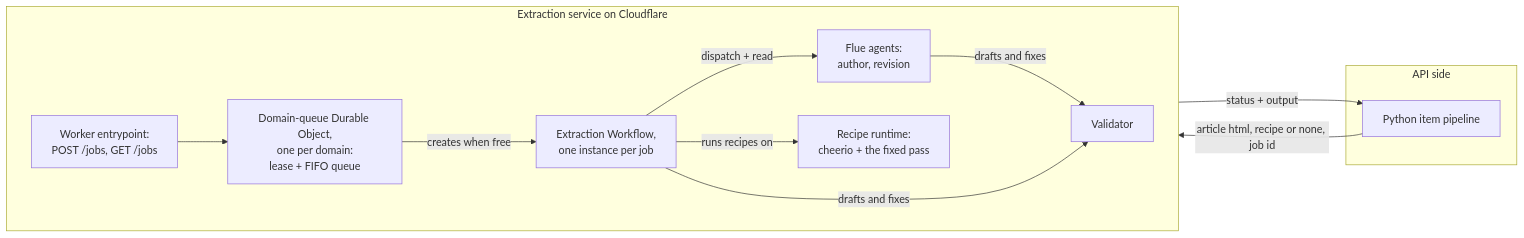
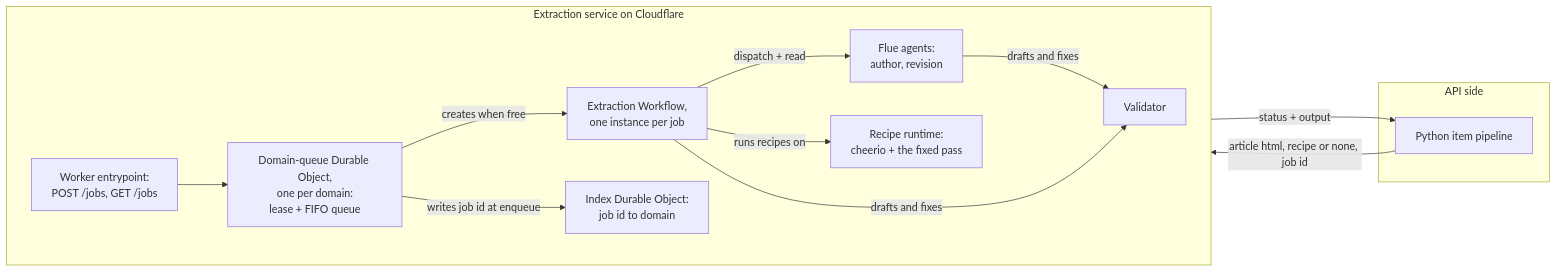
One commit to asermax/nagara changed the first of 4 diagrams in docs/technical-design/extraction-service.md. Above: the diagram before and after it, drawn with Mermaid. The commit also changed other lines of this file, not shown here.

First line of the commit message:
docs: add the job index and the job state diagram

````diff
--- a/docs/technical-design/extraction-service.md
+++ b/docs/technical-design/extraction-service.md
@@ -15,17 +15,19 @@
 ```mermaid
 flowchart LR
   subgraph inputs [API side]
     api[Python item pipeline]
   end
   subgraph service [Extraction service on Cloudflare]
     direction LR
     entry["Worker entrypoint:<br/>POST /jobs, GET /jobs"] --> queue["Domain-queue Durable Object,<br/>one per domain:<br/>lease + FIFO queue"]
     queue -->|"creates when free"| wf["Extraction Workflow,<br/>one instance per job"]
+    index["Index Durable Object:<br/>job id to domain"]
+    queue -->|"writes job id at enqueue"| index
     wf -->|"dispatch + read"| agents["Flue agents:<br/>author, revision"]
     wf -->|"runs recipes on"| runtime["Recipe runtime:<br/>cheerio + the fixed pass"]
     agents -->|"drafts and fixes"| validator[Validator]
     wf -->|"drafts and fixes"| validator
   end
   api -->|"article html, recipe or none, job id"| entry
   entry -->|"status + output"| api
 ```
````
